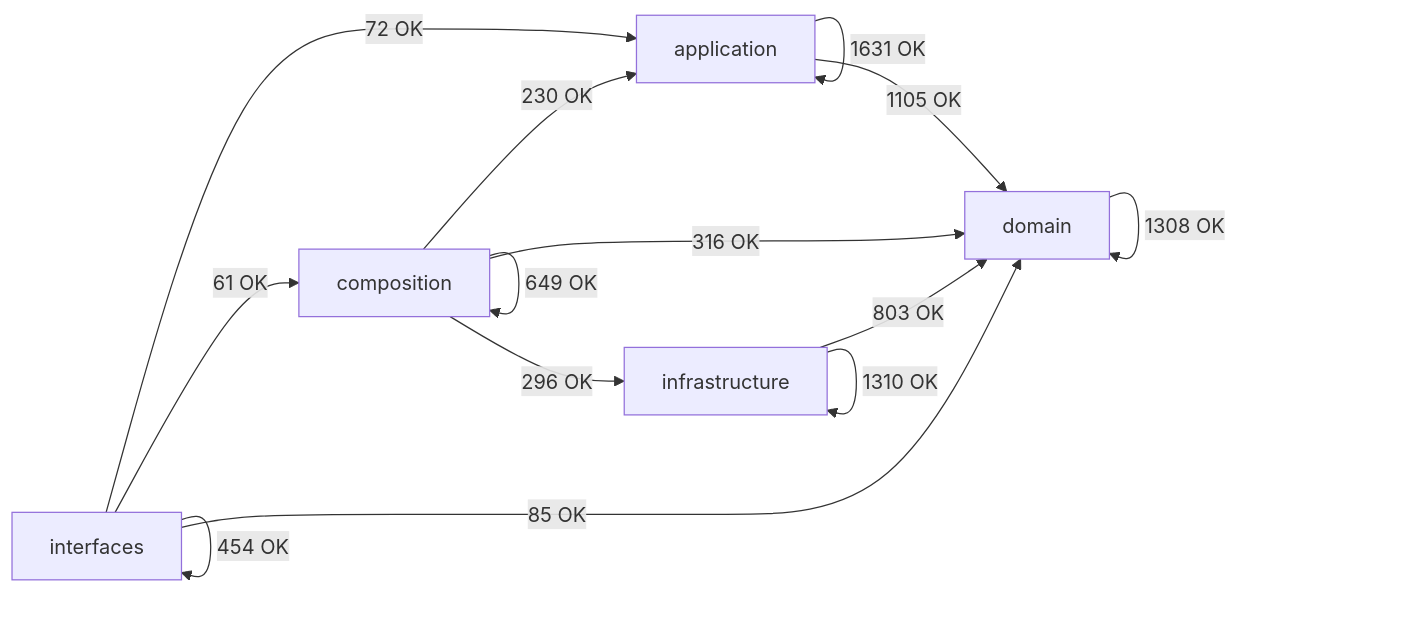
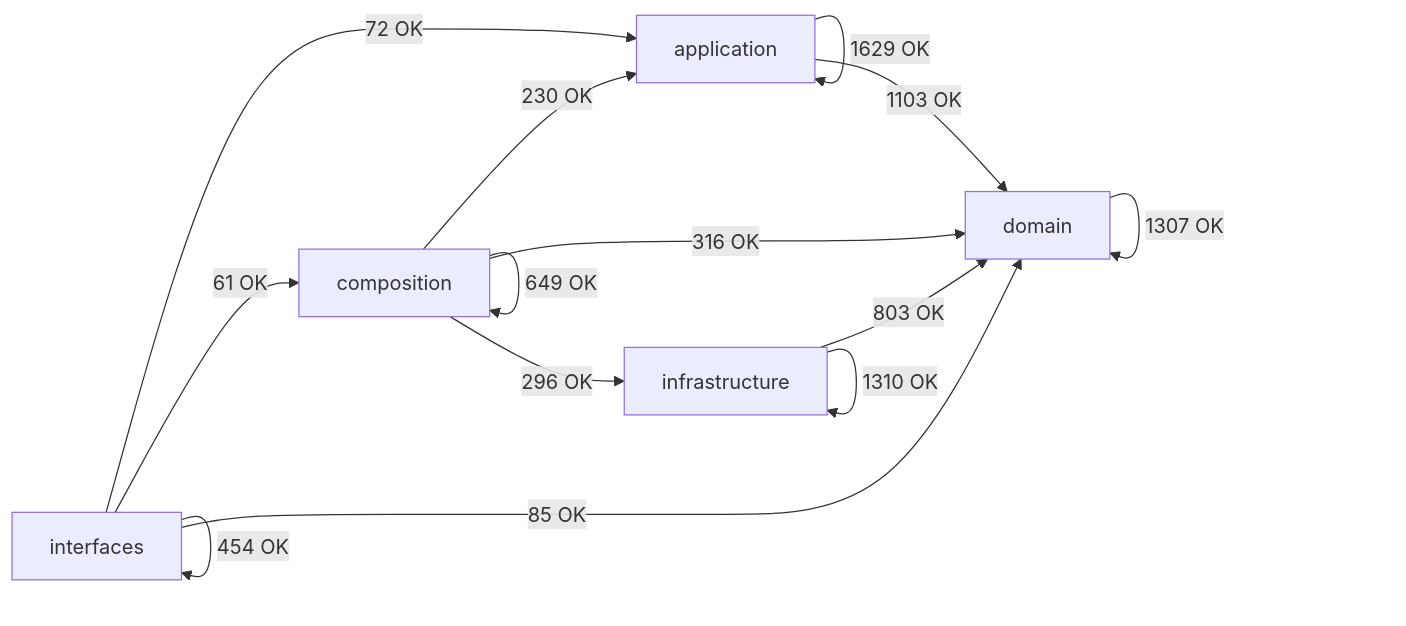
One commit to SatoryKono/BioactivityDataAcquisition changed the diagram in docs/02-architecture/generated/module-dependency-map.md. Above: the diagram before and after it, drawn with Mermaid. The commit also changed other lines of this file and 353 other files, not shown here.

````diff
--- a/docs/02-architecture/generated/module-dependency-map.md
+++ b/docs/02-architecture/generated/module-dependency-map.md
@@ -17,21 +17,21 @@
 ```mermaid
 flowchart LR
     domain[domain]
     application[application]
     infrastructure[infrastructure]
     composition[composition]
     interfaces[interfaces]
-    application -->|1631 OK| application
-    application -->|1105 OK| domain
+    application -->|1629 OK| application
+    application -->|1103 OK| domain
     composition -->|230 OK| application
     composition -->|649 OK| composition
     composition -->|316 OK| domain
     composition -->|296 OK| infrastructure
-    domain -->|1308 OK| domain
+    domain -->|1307 OK| domain
     infrastructure -->|803 OK| domain
     infrastructure -->|1310 OK| infrastructure
     interfaces -->|72 OK| application
     interfaces -->|61 OK| composition
     interfaces -->|85 OK| domain
     interfaces -->|454 OK| interfaces
 ```
````
